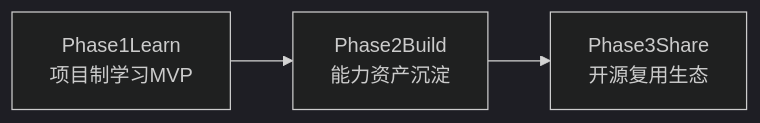
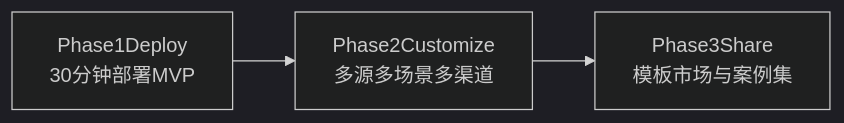
Before and after one commit to product-self-evolution/prax: the diagram in docs/roadmap.md, drawn with Mermaid (dark theme). The commit also changed other lines of this file and 26 other files, not shown here.

````diff
--- a/docs/roadmap.md
+++ b/docs/roadmap.md
@@ -7,5 +12,5 @@
 ```mermaid
 flowchart LR
-    phase1["Phase1Learn<br/>项目制学习MVP"] --> phase2["Phase2Build<br/>能力资产沉淀"]
-    phase2 --> phase3["Phase3Share<br/>开源复用生态"]
+    phase1["Phase1Deploy<br/>30分钟部署MVP"] --> phase2["Phase2Customize<br/>多源多场景多渠道"]
+    phase2 --> phase3["Phase3Share<br/>模板市场与案例集"]
 ```
````
